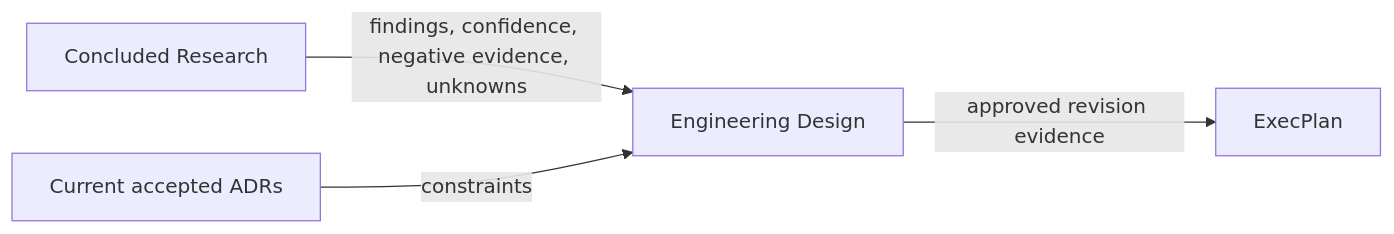
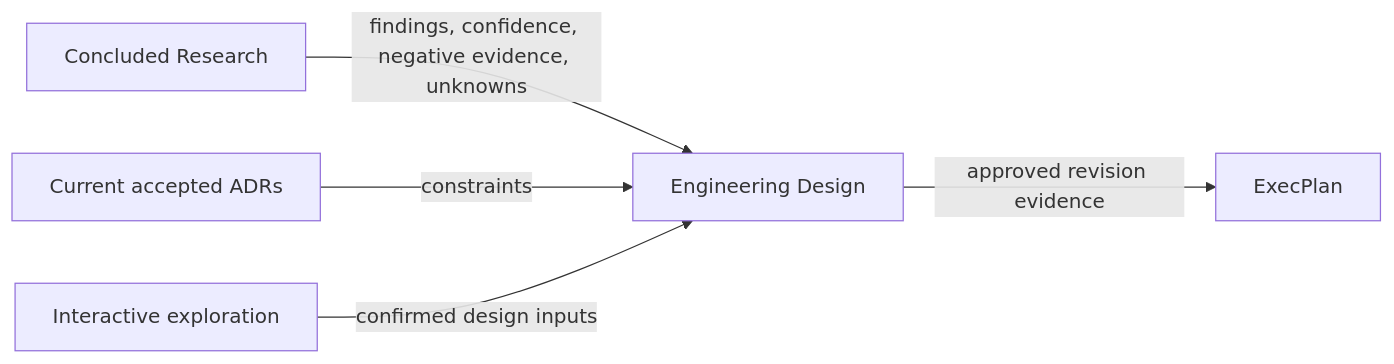
The diagram in engineering-design/SKILL.md (XiaoWeiKIN/RepoFoundryAI), drawn with Mermaid before and after one commit. The commit also changed other lines of this file and 21 other files, not shown here.

````diff
--- a/engineering-design/SKILL.md
+++ b/engineering-design/SKILL.md
@@ -13,6 +14,7 @@
 ```mermaid
 flowchart LR
   R["Concluded Research"] -->|"findings, confidence, negative evidence, unknowns"| D["Engineering Design"]
   A["Current accepted ADRs"] -->|"constraints"| D
+  X["Interactive exploration"] -->|"confirmed design inputs"| D
   D -->|"approved revision evidence"| E["ExecPlan"]
 ```
````
